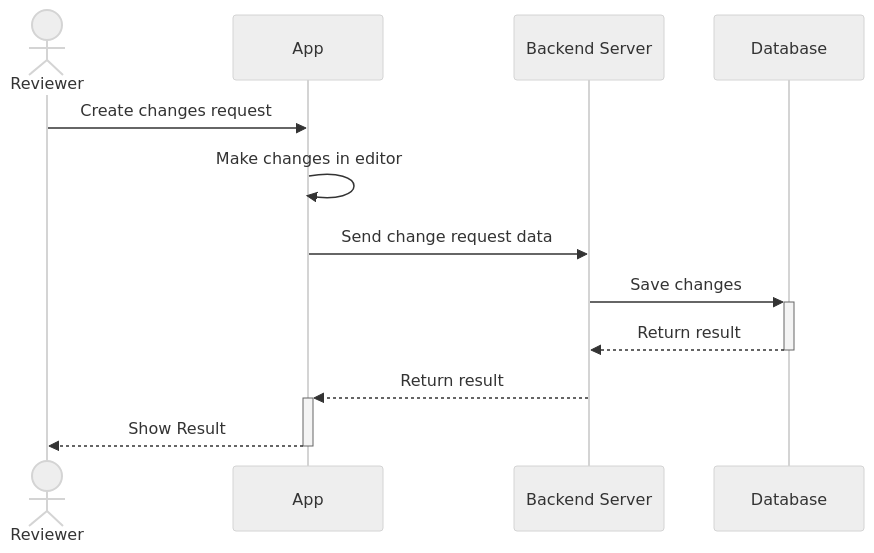
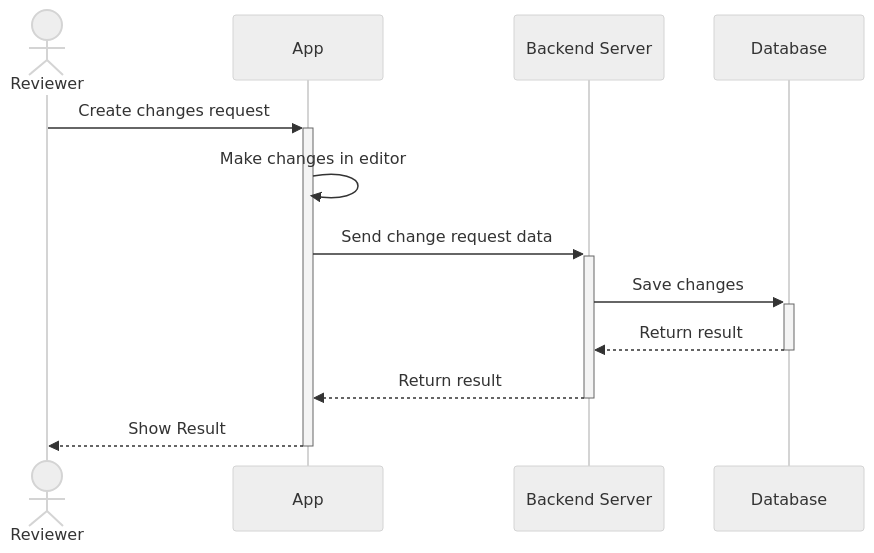
The diagram in docs/change_request.md (Jittapeak/jitta-contract-diagrams), drawn with Mermaid (neutral theme) before and after one commit. The commit also changed 2 other files, not shown here.

Commit message:
fix: activation

````diff
--- a/docs/change_request.md
+++ b/docs/change_request.md
@@ -4,15 +4,17 @@
 ```mermaid
 sequenceDiagram
     actor Reviewer as Reviewer
     participant App as App
     participant Server as Backend Server
     participant DB as Database
 
-    Reviewer ->> App: Create changes request
+    Reviewer ->>+ App: Create changes request
     App ->> App: Make changes in editor
-    App ->> Server: Send change request data
+    App ->>+ Server: Send change request data
+
     Server ->>+ DB: Save changes
     DB -->>- Server: Return result
-    Server -->>+ App: Return result
+
+    Server -->>- App: Return result
     App -->>- Reviewer: Show Result
 ```
````
